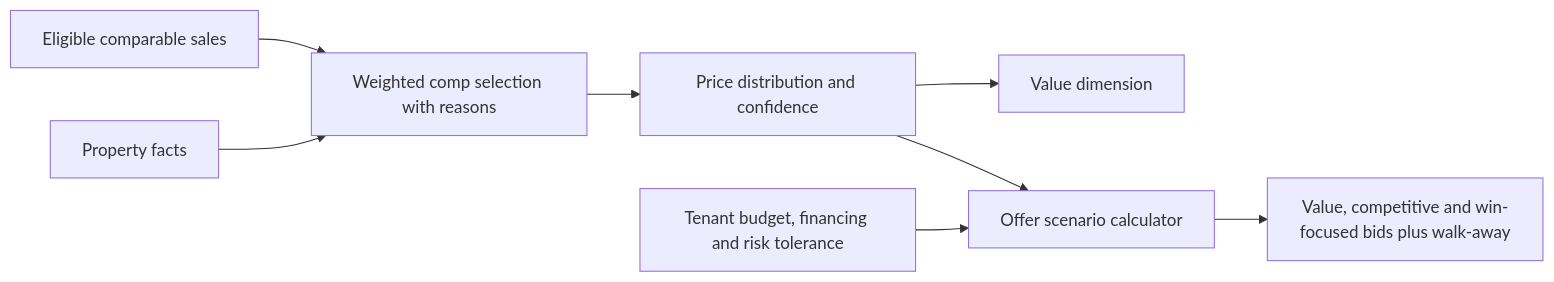
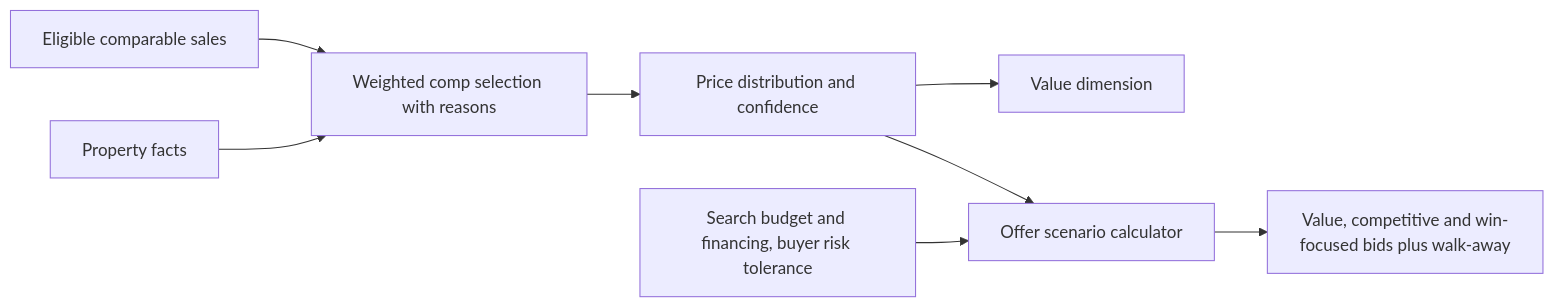
One commit to robsgreen/property-focus changed diagram 22 of 30 in specs/property-focus/master-plan.md. Above: the diagram before and after it, drawn with Mermaid. The commit also changed other lines of this file and 1 other file, not shown here.

````diff
--- a/specs/property-focus/master-plan.md
+++ b/specs/property-focus/master-plan.md
@@ -481,10 +523,10 @@
 ```mermaid
 flowchart LR
     Comps[Eligible comparable sales] --> Select[Weighted comp selection with reasons]
     Facts[Property facts] --> Select
     Select --> Range[Price distribution and confidence]
     Range --> Value[Value dimension]
     Range --> Scenarios[Offer scenario calculator]
-    Buyer[Tenant budget, financing and risk tolerance] --> Scenarios
+    Buyer[Search budget and financing, buyer risk tolerance] --> Scenarios
     Scenarios --> Bids[Value, competitive and win-focused bids plus walk-away]
 ```
````
